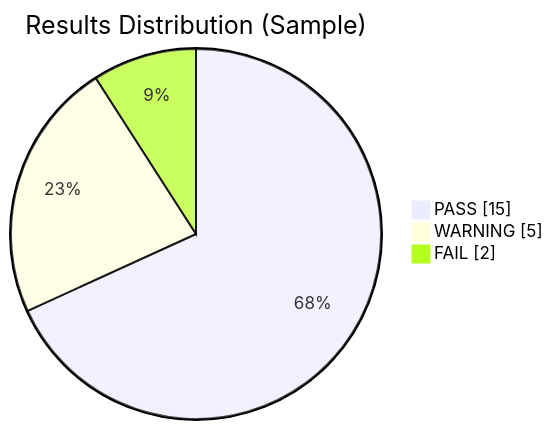
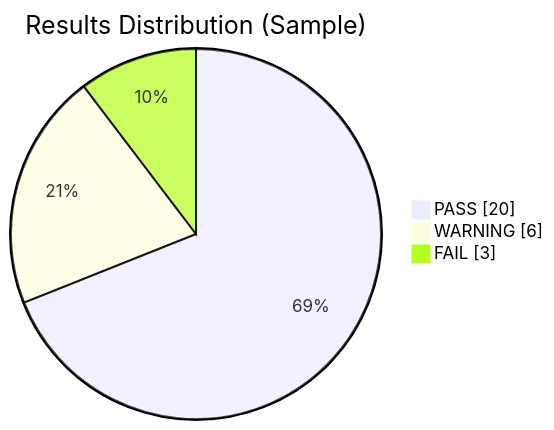
The third of 3 diagrams in README.md (Masriyan/Qradar-SIEM-Auditor), drawn with Mermaid before and after one commit. The commit also changed other lines of this file and 10 other files, not shown here.

````diff
--- a/README.md
+++ b/README.md
@@ -116,7 +147,7 @@
 ```mermaid
 pie showData
     title Results Distribution (Sample)
-    "PASS" : 15
-    "WARNING" : 5
-    "FAIL" : 2
+    "PASS" : 20
+    "WARNING" : 6
+    "FAIL" : 3
 ```
````
